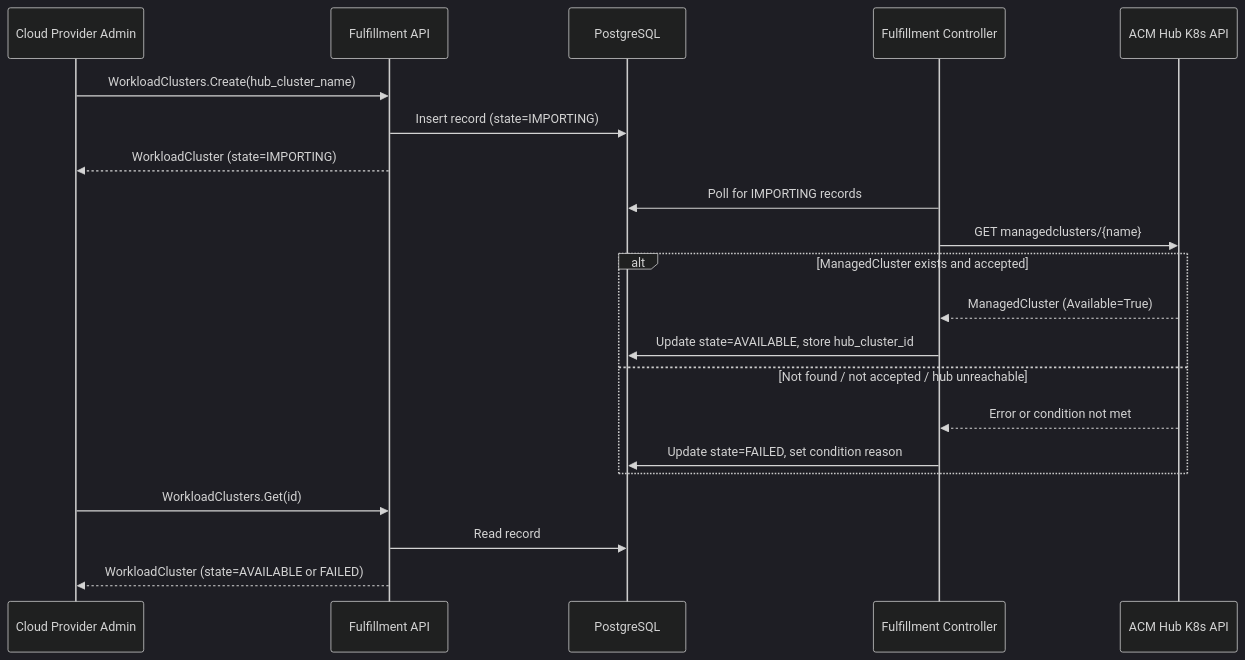
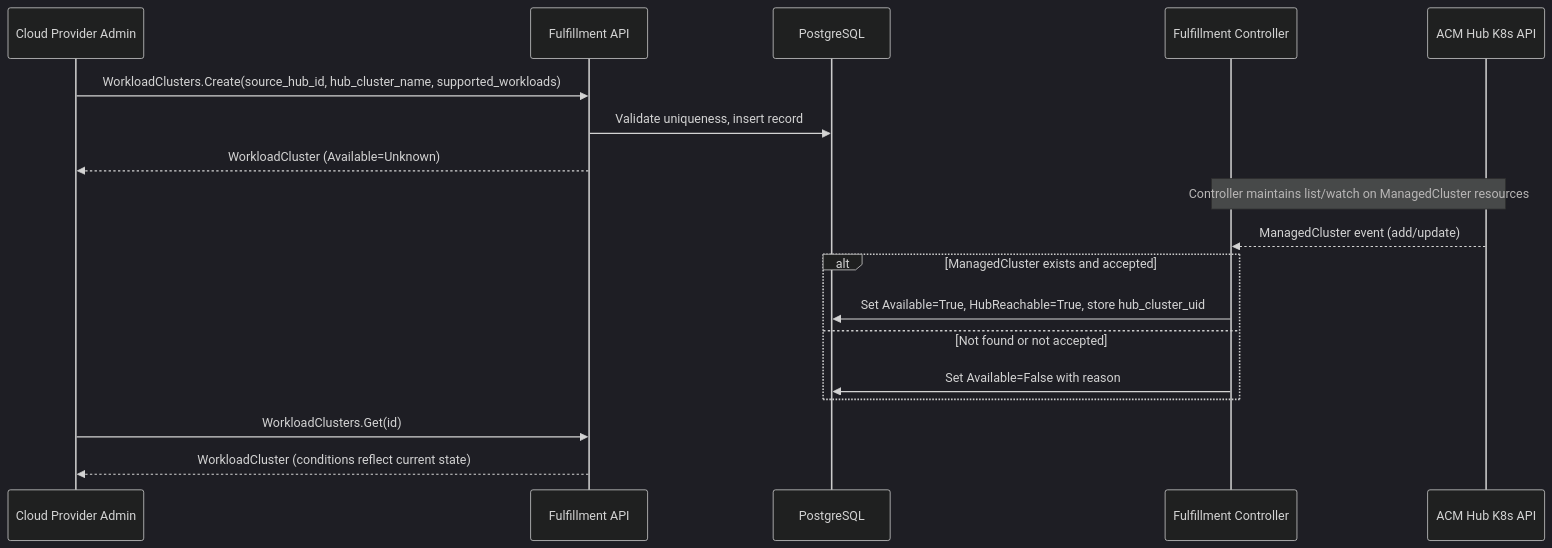
The diagram in 0.4/OSAC-6488-import-hub-registered-clusters-for-ai-workloads/design.md (DakCrowder/enhancement-proposals), drawn with Mermaid (dark theme) before and after one commit. The commit also changed other lines of this file, not shown here.

First line of the commit message:
OSAC-6488: rewrite design — provider-global resource, declarative conditions, direct OCM

````diff
--- a/0.4/OSAC-6488-import-hub-registered-clusters-for-ai-workloads/design.md
+++ b/0.4/OSAC-6488-import-hub-registered-clusters-for-ai-workloads/design.md
@@ -152,26 +138,23 @@
 ```mermaid
 sequenceDiagram
-    participant Admin as Cloud Provider Admin
+    participant CPA as Cloud Provider Admin
     participant API as Fulfillment API
     participant DB as PostgreSQL
     participant Ctrl as Fulfillment Controller
     participant Hub as ACM Hub K8s API
 
-    Admin->>API: WorkloadClusters.Create(hub_cluster_name)
-    API->>DB: Insert record (state=IMPORTING)
-    API-->>Admin: WorkloadCluster (state=IMPORTING)
+    CPA->>API: WorkloadClusters.Create(source_hub_id, hub_cluster_name, supported_workloads)
+    API->>DB: Validate uniqueness, insert record
+    API-->>CPA: WorkloadCluster (Available=Unknown)
 
-    Ctrl->>DB: Poll for IMPORTING records
-    Ctrl->>Hub: GET managedclusters/{name}
+    Note over Ctrl,Hub: Controller maintains list/watch on ManagedCluster resources
+    Hub-->>Ctrl: ManagedCluster event (add/update)
     alt ManagedCluster exists and accepted
-        Hub-->>Ctrl: ManagedCluster (Available=True)
-        Ctrl->>DB: Update state=AVAILABLE, store hub_cluster_id
-    else Not found / not accepted / hub unreachable
-        Hub-->>Ctrl: Error or condition not met
-        Ctrl->>DB: Update state=FAILED, set condition reason
+        Ctrl->>DB: Set Available=True, HubReachable=True, store hub_cluster_uid
+    else Not found or not accepted
+        Ctrl->>DB: Set Available=False with reason
     end
 
-    Admin->>API: WorkloadClusters.Get(id)
-    API->>DB: Read record
-    API-->>Admin: WorkloadCluster (state=AVAILABLE or FAILED)
+    CPA->>API: WorkloadClusters.Get(id)
+    API-->>CPA: WorkloadCluster (conditions reflect current state)
 ```
````
